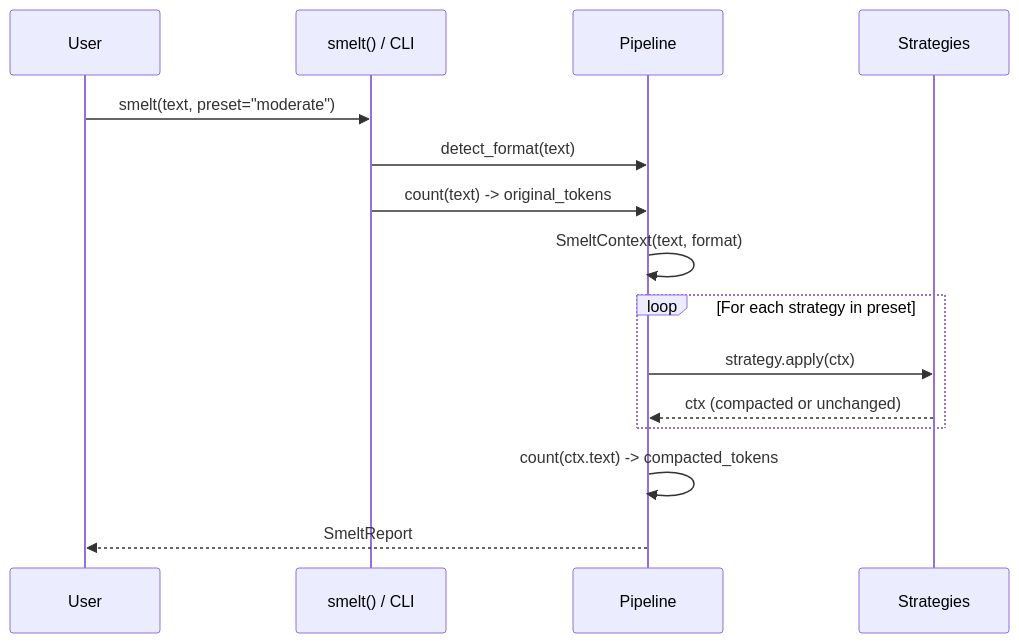
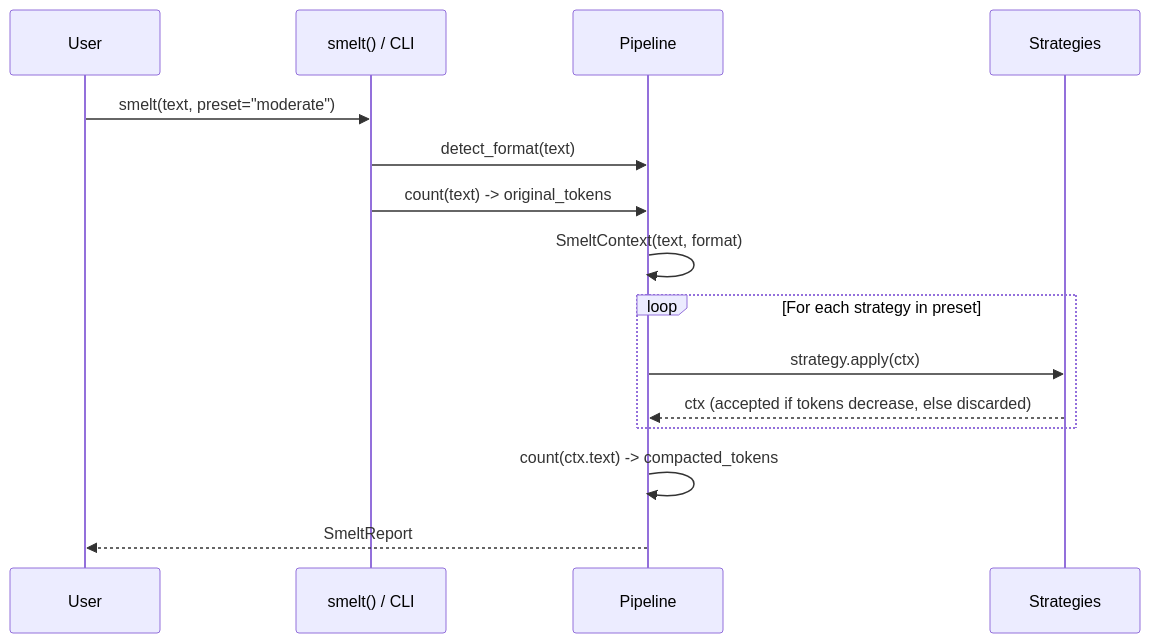
One commit to axm-protocols/axm-forge changed the second of 2 diagrams in packages/axm-smelt/docs/explanation/architecture.md. Above: the diagram before and after it, drawn with Mermaid. The commit also changed other lines of this file and 12 other files, not shown here.

````diff
--- a/packages/axm-smelt/docs/explanation/architecture.md
+++ b/packages/axm-smelt/docs/explanation/architecture.md
@@ -80,18 +80,18 @@
 ```mermaid
 sequenceDiagram
     participant User
     participant API as smelt() / CLI
     participant Pipeline
     participant Strategies
 
     User->>API: smelt(text, preset="moderate")
     API->>Pipeline: detect_format(text)
     API->>Pipeline: count(text) -> original_tokens
     Pipeline->>Pipeline: SmeltContext(text, format)
     loop For each strategy in preset
         Pipeline->>Strategies: strategy.apply(ctx)
-        Strategies-->>Pipeline: ctx (compacted or unchanged)
+        Strategies-->>Pipeline: ctx (accepted if tokens decrease, else discarded)
     end
     Pipeline->>Pipeline: count(ctx.text) -> compacted_tokens
     Pipeline-->>User: SmeltReport
 ```
````
